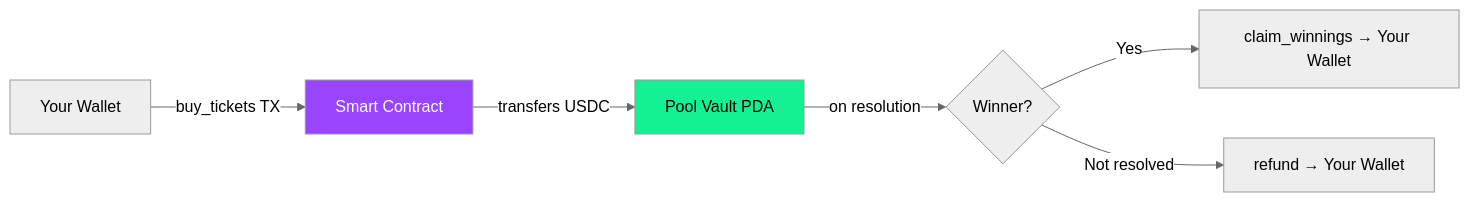
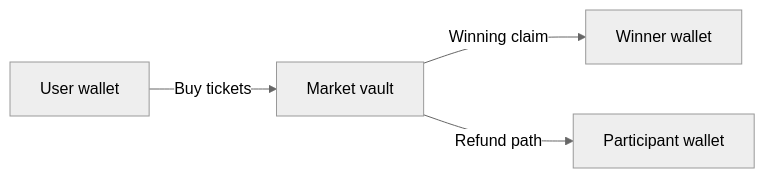
The diagram in security/fund-safety.mdx (SolMarketHub/docs), drawn with Mermaid (neutral theme) before and after one commit. The commit also changed other lines of this file and 18 other files, not shown here.

````diff
--- a/security/fund-safety.mdx
+++ b/security/fund-safety.mdx
@@ -11,10 +11,6 @@
 ```mermaid
 graph LR
-    A[Your Wallet] -->|buy_tickets TX| B[Smart Contract]
-    B -->|transfers USDC| C[Pool Vault PDA]
-    C -->|on resolution| D{Winner?}
-    D -->|Yes| E[claim_winnings → Your Wallet]
-    D -->|Not resolved| F[refund → Your Wallet]
-    style C fill:#14F195,color:#000
-    style B fill:#9945FF,color:#fff
+    A[User wallet] -->|Buy tickets| B[Market vault]
+    B -->|Winning claim| C[Winner wallet]
+    B -->|Refund path| D[Participant wallet]
 ```
````
